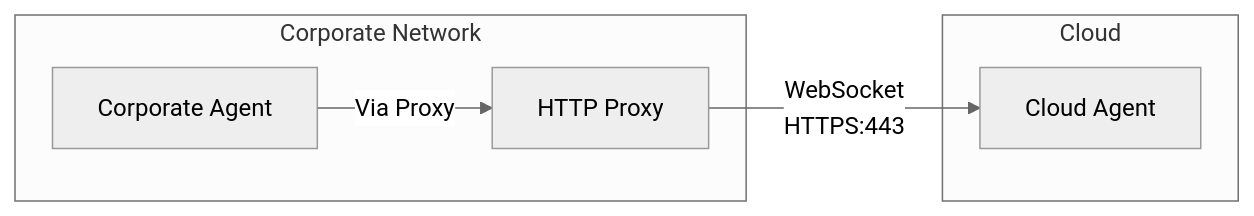
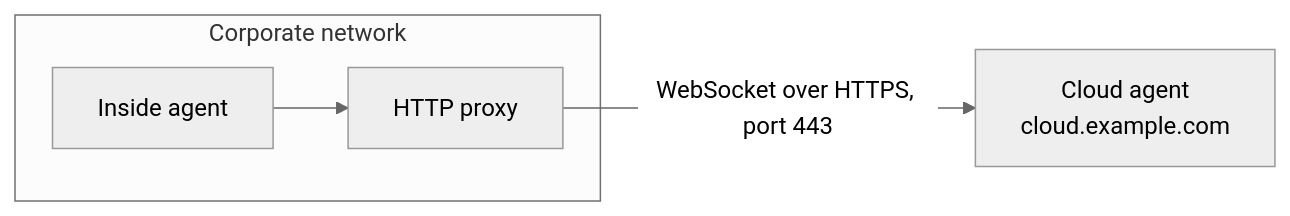
The fourth of 4 diagrams in docs/docs/deployment/scenarios.md (Muti-Metroo/Muti-Metroo), drawn with Mermaid (neutral theme) before and after one commit. The commit also changed other lines of this file and 156 other files, not shown here.

````diff
--- a/docs/docs/deployment/scenarios.md
+++ b/docs/docs/deployment/scenarios.md
@@ -305,14 +239,7 @@
 ```mermaid
 flowchart LR
-    subgraph Corp[Corporate Network]
-        Agent[Corporate Agent]
-        Proxy[HTTP Proxy]
+    subgraph Corp[Corporate network]
+        Agent[Inside agent] --> Proxy[HTTP proxy]
     end
-
-    subgraph Cloud[Cloud]
-        CloudAgent[Cloud Agent]
-    end
-
-    Agent -->|Via Proxy| Proxy
-    Proxy -->|WebSocket<br/>HTTPS:443| CloudAgent
+    Proxy -->|WebSocket over HTTPS, port 443| Cloud[Cloud agent<br/>cloud.example.com]
 ```
````
